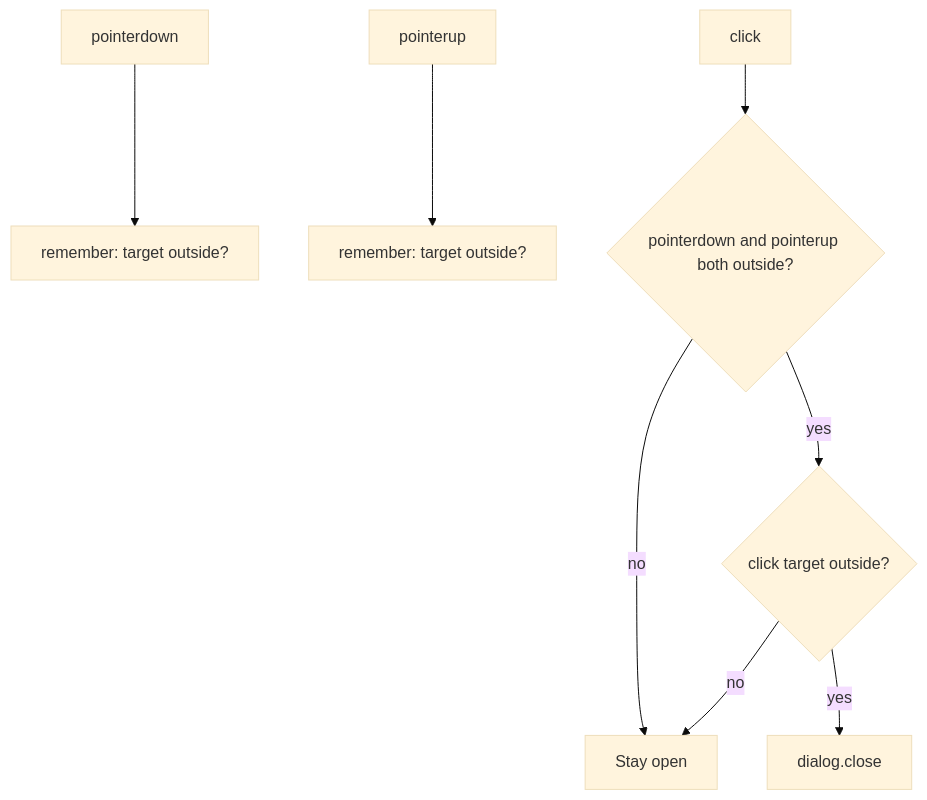
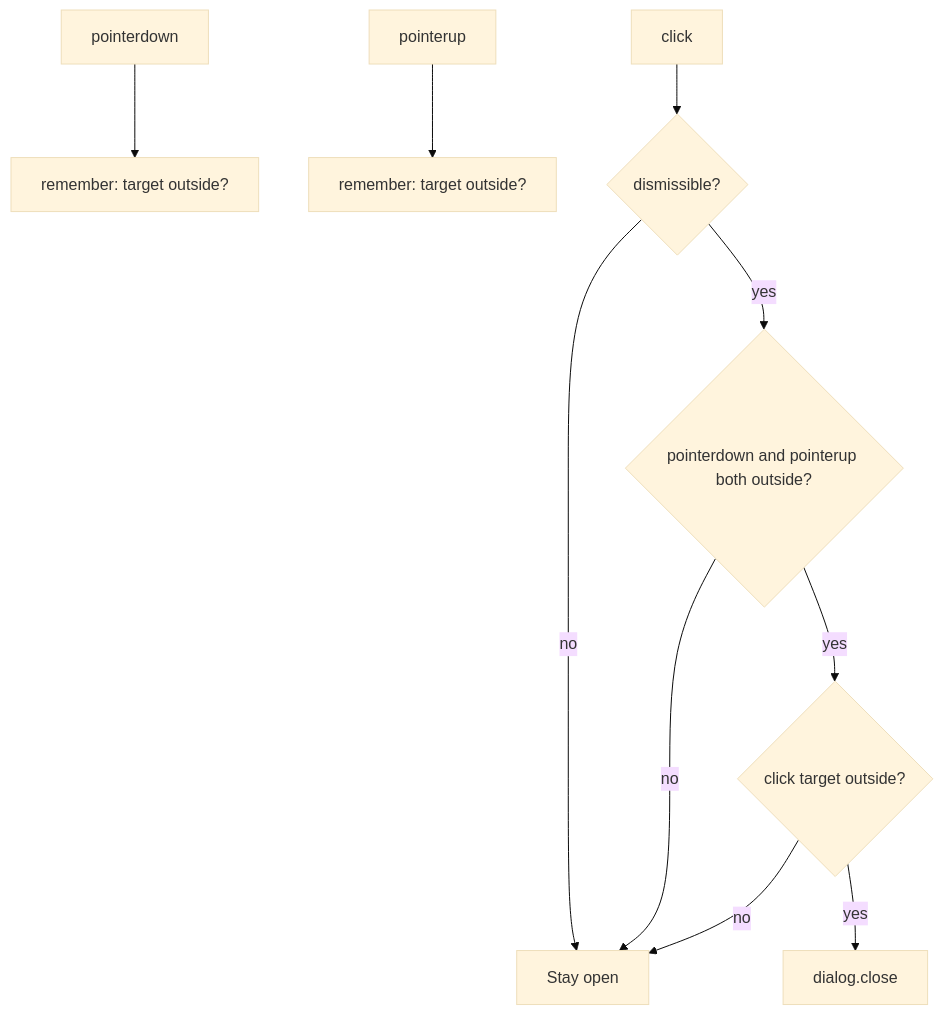
The third of 4 diagrams in tasks/ARGUS-274/spec.md (scylladb/argus), drawn with Mermaid (base theme) before and after one commit. The commit also changed other lines of this file and 1 other file, not shown here.

First line of the commit message:
docs(tasks): plan dismissible modals and toasts above them

````diff
--- a/tasks/ARGUS-274/spec.md
+++ b/tasks/ARGUS-274/spec.md
@@ -115,10 +126,12 @@
 ```mermaid
 flowchart TD
     P[pointerdown] --> R[remember: target outside?]
     U[pointerup] --> R2[remember: target outside?]
-    C[click] --> Q1{pointerdown and pointerup both outside?}
+    C[click] --> Q0{dismissible?}
+    Q0 -- no --> N
+    Q0 -- yes --> Q1{pointerdown and pointerup both outside?}
     Q1 -- no --> N[Stay open]
     Q1 -- yes --> Q2{click target outside?}
     Q2 -- no --> N
     Q2 -- yes --> X[dialog.close]
 ```
````
